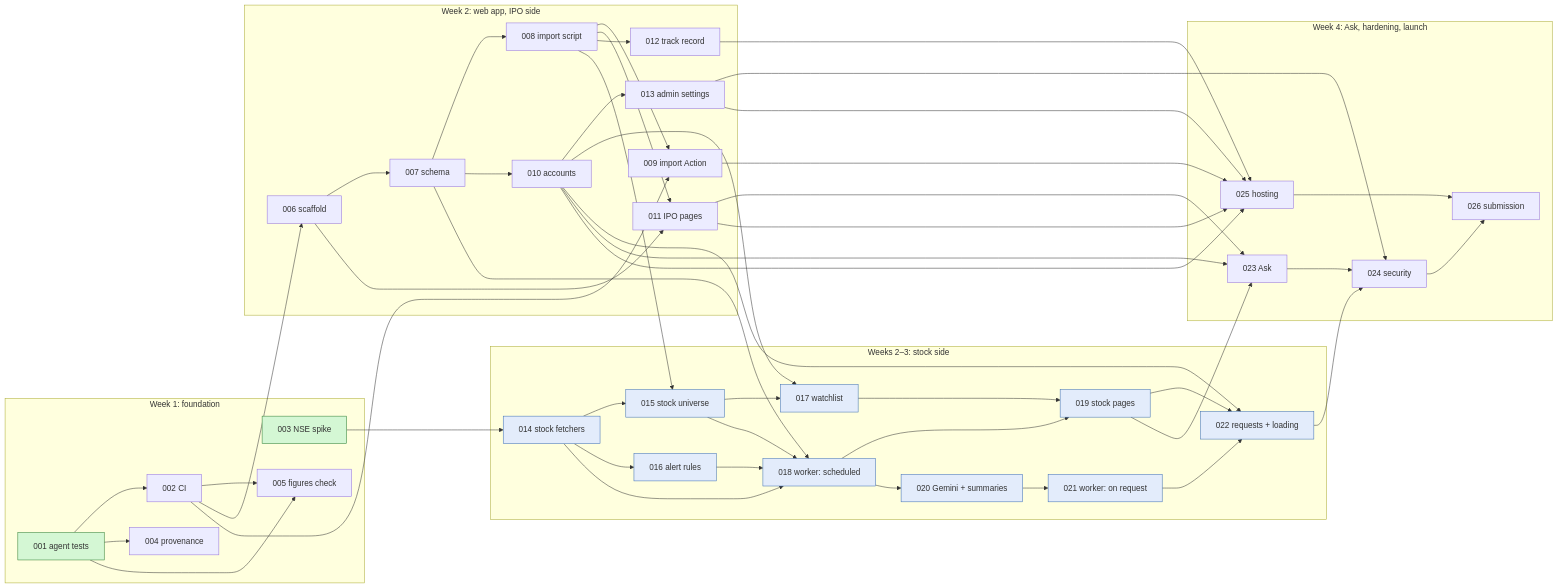
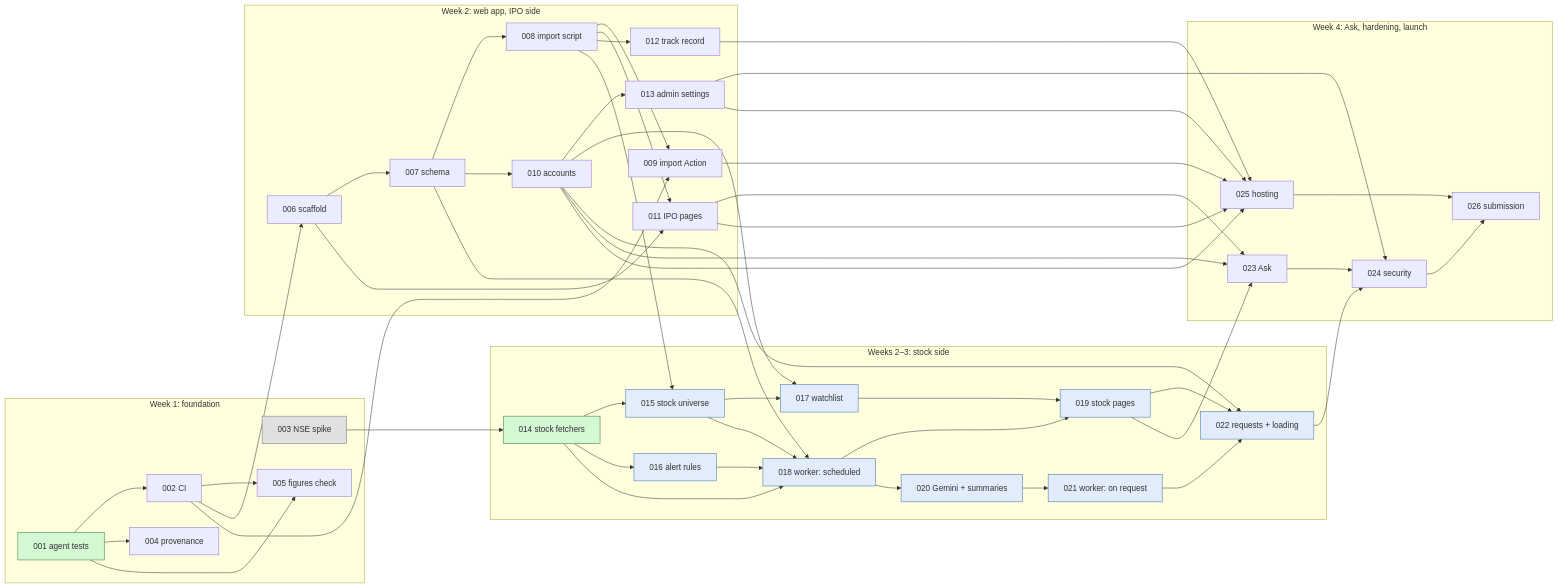
Before and after one commit to badjatya/IPO: the diagram in docs/tasks/ROADMAP.md, drawn with Mermaid. The commit also changed other lines of this file and 4 other files, not shown here.

First line of the commit message:
Roadmap: 003 done, G1 ticked, 014 ready with 003's gaps

````diff
--- a/docs/tasks/ROADMAP.md
+++ b/docs/tasks/ROADMAP.md
@@ -83,60 +83,61 @@
 ```mermaid
 flowchart LR
     classDef ready fill:#d4f7d4,stroke:#2e7d32
     classDef m2 fill:#e3ecfb,stroke:#3b6db3
+    classDef done fill:#e0e0e0,stroke:#757575
 
     subgraph wk1 ["Week 1: foundation"]
         T001[001 agent tests]:::ready
         T002[002 CI]
-        T003[003 NSE spike]:::ready
+        T003[003 NSE spike]:::done
         T004[004 provenance]
         T005[005 figures check]
     end
     subgraph wk2 ["Week 2: web app, IPO side"]
         T006[006 scaffold]
         T007[007 schema]
         T008[008 import script]
         T009[009 import Action]
         T010[010 accounts]
         T011[011 IPO pages]
         T012[012 track record]
         T013[013 admin settings]
     end
     subgraph stocks ["Weeks 2–3: stock side"]
-        T014[014 stock fetchers]:::m2
+        T014[014 stock fetchers]:::ready
         T015[015 stock universe]:::m2
         T016[016 alert rules]:::m2
         T017[017 watchlist]:::m2
         T018[018 worker: scheduled]:::m2
         T019[019 stock pages]:::m2
         T020[020 Gemini + summaries]:::m2
         T021[021 worker: on request]:::m2
         T022[022 requests + loading]:::m2
     end
     subgraph wk4 ["Week 4: Ask, hardening, launch"]
         T023[023 Ask]
         T024[024 security]
         T025[025 hosting]
         T026[026 submission]
     end
 
     T001 --> T002 & T004 & T005
     T002 --> T005 & T006 & T009
     T006 --> T007 & T011
     T007 --> T008 & T010 & T018
     T008 --> T009 & T011 & T012 & T015
     T010 --> T013 & T017 & T022 & T023
     T003 --> T014
     T014 --> T015 & T016 & T018
     T015 --> T017 & T018
     T016 --> T018
     T017 --> T019
     T018 --> T019 & T020
     T020 --> T021
     T019 --> T022 & T023
     T021 --> T022
     T011 --> T023
     T013 & T022 & T023 --> T024
     T009 & T010 & T011 & T012 & T013 --> T025
     T024 & T025 --> T026
 ```
````
